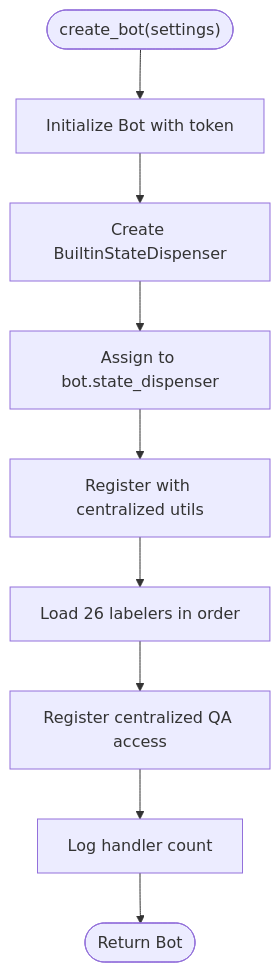
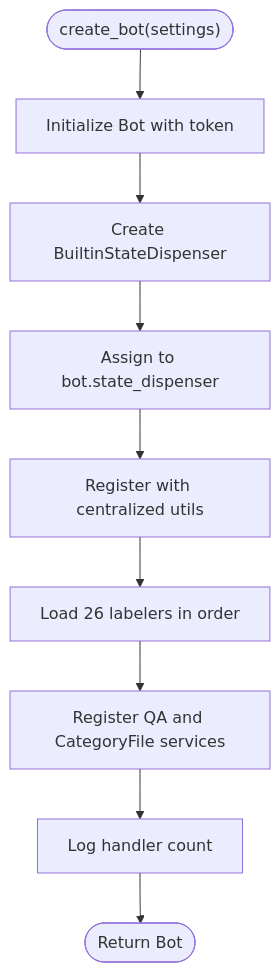
One commit to ognelis/cafetera_hr_bot changed diagram 11 of 18 in .qoder/repowiki/en/content/VK Integration/VK Integration.md. Above: the diagram before and after it, drawn with Mermaid. The commit also changed other lines of this file and 7 other files, not shown here.

Commit message:
CAFETERA-18 Improved fire flow

````diff
--- a/.qoder/repowiki/en/content/VK Integration/VK Integration.md
+++ b/.qoder/repowiki/en/content/VK Integration/VK Integration.md
@@ -546,11 +727,11 @@
 ```mermaid
 flowchart TD
 Start(["create_bot(settings)"]) --> Init["Initialize Bot with token"]
 Init --> ShareState["Create BuiltinStateDispenser"]
 ShareState --> AssignSD["Assign to bot.state_dispenser"]
 AssignSD --> RegisterSD["Register with centralized utils"]
 RegisterSD --> LoadHandlers["Load 26 labelers in order"]
-LoadHandlers --> RegisterUtils["Register centralized QA access"]
-RegisterUtils --> Log["Log handler count"]
+LoadHandlers --> RegisterServices["Register QA and CategoryFile services"]
+RegisterServices --> Log["Log handler count"]
 Log --> ReturnBot(["Return Bot"])
 ```
````
